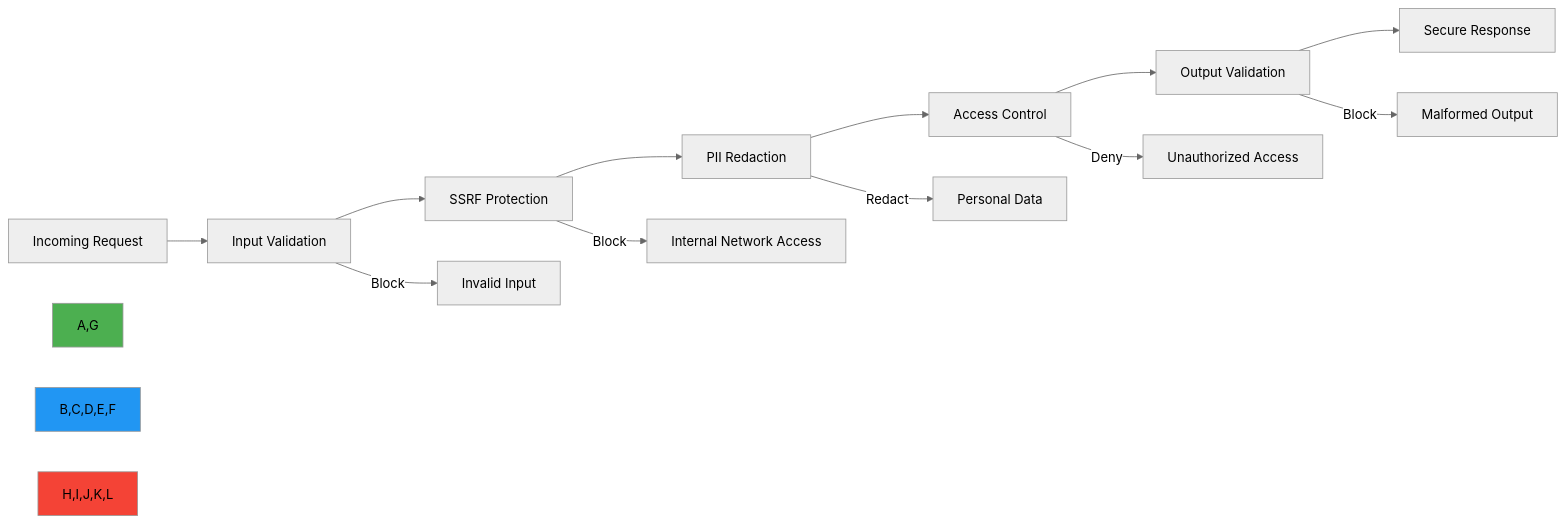
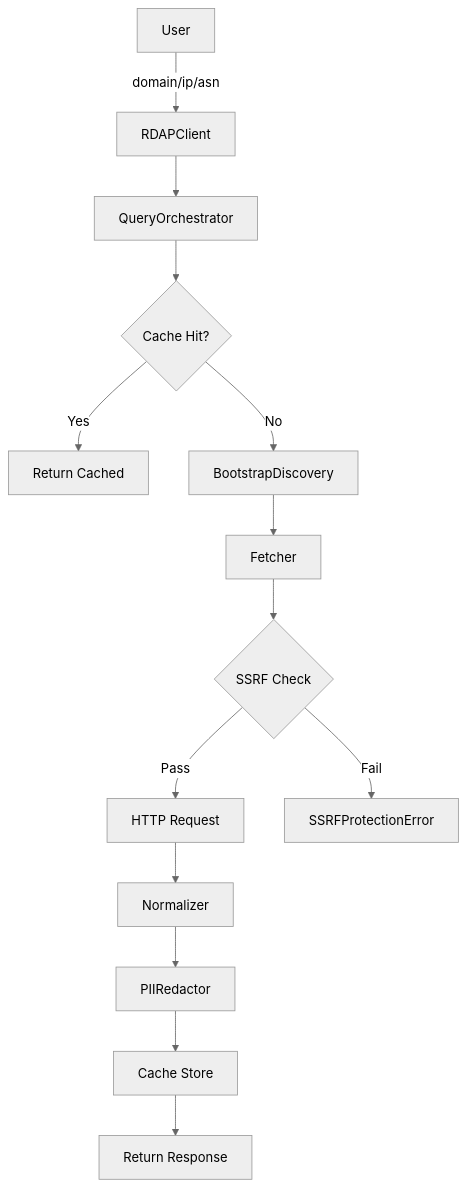
Before and after one commit to rdapify/RDAPify: the first of 2 diagrams in docs/architecture/overview.md, drawn with Mermaid (neutral theme). The commit also changed other lines of this file and 157 other files, not shown here.

````diff
--- a/docs/architecture/overview.md
+++ b/docs/architecture/overview.md
@@ -45,19 +43,16 @@
 ```mermaid
-graph LR
-    A[Incoming Request] --> B[Input Validation]
-    B --> C[SSRF Protection]
-    C --> D[PII Redaction]
-    D --> E[Access Control]
-    E --> F[Output Validation]
-    F --> G[Secure Response]
-    
-    B -->|Block| H[Invalid Input]
-    C -->|Block| I[Internal Network Access]
-    D -->|Redact| J[Personal Data]
-    E -->|Deny| K[Unauthorized Access]
-    F -->|Block| L[Malformed Output]
-    
-    style A,G fill:#4CAF50
-    style B,C,D,E,F fill:#2196F3
-    style H,I,J,K,L fill:#F44336
+graph TD
+    A[User] -->|domain/ip/asn| B[RDAPClient]
+    B --> C[QueryOrchestrator]
+    C --> D{Cache Hit?}
+    D -->|Yes| E[Return Cached]
+    D -->|No| F[BootstrapDiscovery]
+    F --> G[Fetcher]
+    G --> H{SSRF Check}
+    H -->|Pass| I[HTTP Request]
+    H -->|Fail| J[SSRFProtectionError]
+    I --> K[Normalizer]
+    K --> L[PIIRedactor]
+    L --> M[Cache Store]
+    M --> N[Return Response]
 ```
````
